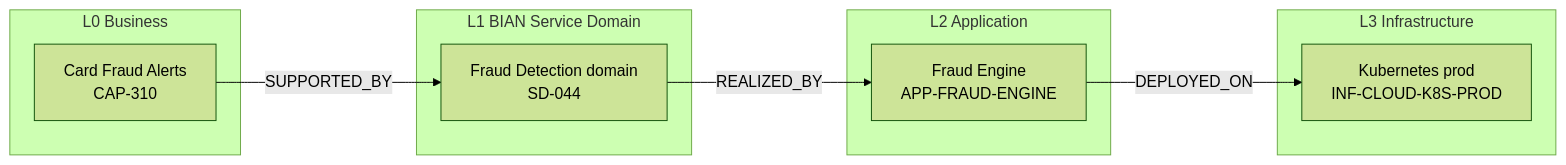
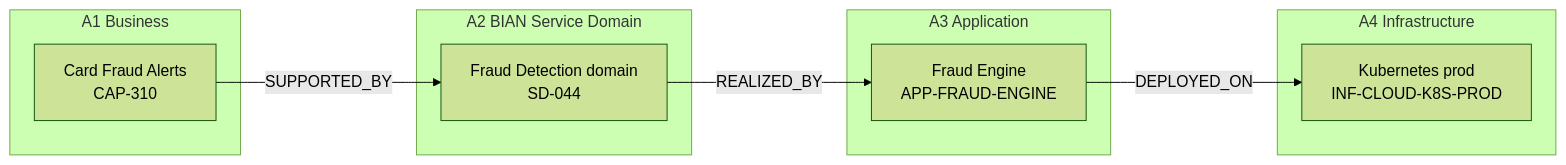
The third of 6 diagrams in README.md (taumoeps/bian-sdem-framework), drawn with Mermaid (forest theme) before and after one commit. The commit also changed other lines of this file and 22 other files, not shown here.

````diff
--- a/README.md
+++ b/README.md
@@ -153,18 +155,18 @@
 ```mermaid
 flowchart LR
-    subgraph L0[L0 Business]
+    subgraph A1[A1 Business]
       CAP["Card Fraud Alerts<br/>CAP-310"]
     end
-    subgraph L1[L1 BIAN Service Domain]
+    subgraph A2[A2 BIAN Service Domain]
       SD["Fraud Detection domain<br/>SD-044"]
     end
-    subgraph L2[L2 Application]
+    subgraph A3[A3 Application]
       APP["Fraud Engine<br/>APP-FRAUD-ENGINE"]
     end
-    subgraph L3[L3 Infrastructure]
+    subgraph A4[A4 Infrastructure]
       INF["Kubernetes prod<br/>INF-CLOUD-K8S-PROD"]
     end
     CAP -->|SUPPORTED_BY| SD
     SD -->|REALIZED_BY| APP
     APP -->|DEPLOYED_ON| INF
 ```
````
